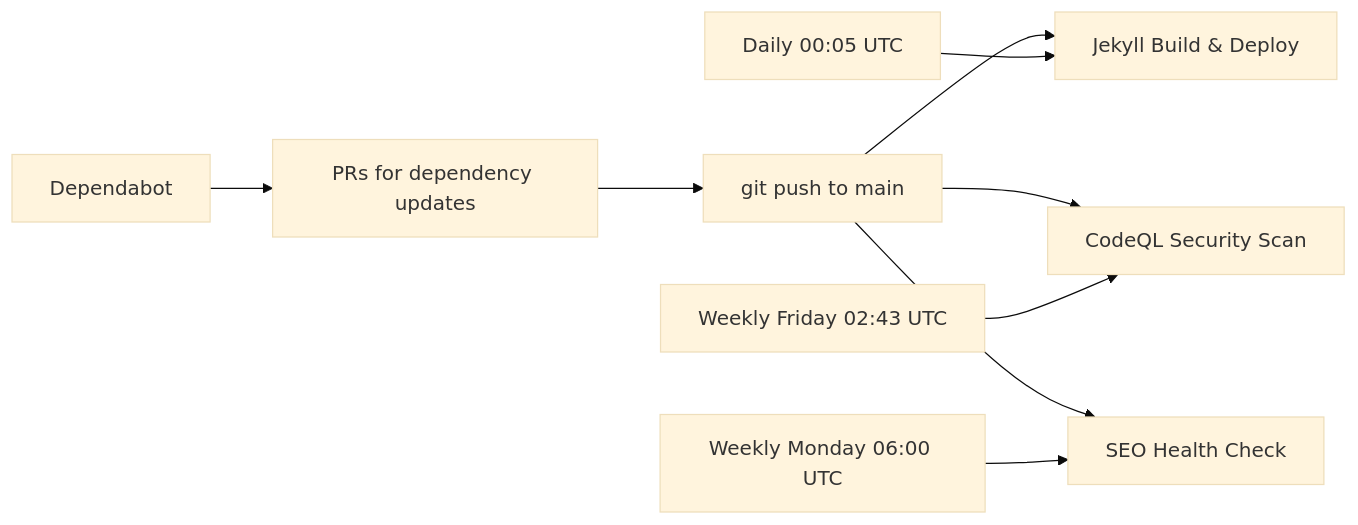
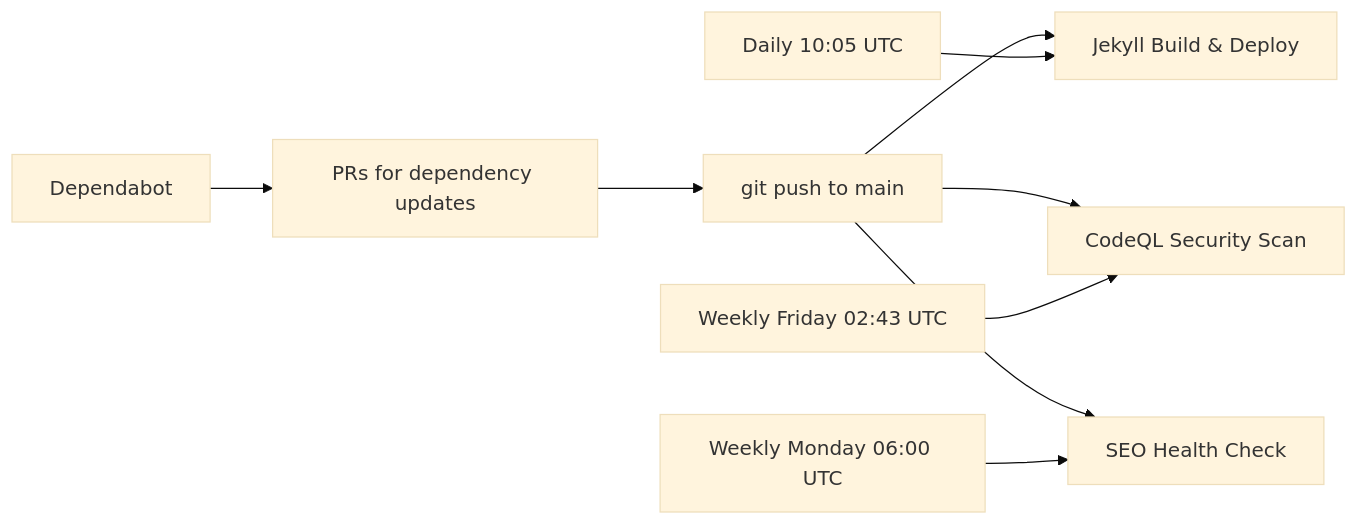
One commit to mcgarrah/mcgarrah.github.io changed the diagram in _posts/2026-05-08-jekyll-github-actions-cicd-pipeline.md. Above: the diagram before and after it, drawn with Mermaid (base theme). The commit also changed other lines of this file and 2 other files, not shown here.

First line of the commit message:
fix: change daily build cron to 10:05 UTC (6:05 AM EDT)

````diff
--- a/_posts/2026-05-08-jekyll-github-actions-cicd-pipeline.md
+++ b/_posts/2026-05-08-jekyll-github-actions-cicd-pipeline.md
@@ -25,11 +25,11 @@
 ```mermaid
 graph LR
     A[git push to main] --> B[Jekyll Build & Deploy]
     A --> C[CodeQL Security Scan]
     A --> D[SEO Health Check]
-    E[Daily 00:05 UTC] --> B
+    E[Daily 10:05 UTC] --> B
     F[Weekly Friday 02:43 UTC] --> C
     G[Weekly Monday 06:00 UTC] --> D
     H[Dependabot] --> I[PRs for dependency updates]
     I --> A
 ```
````
